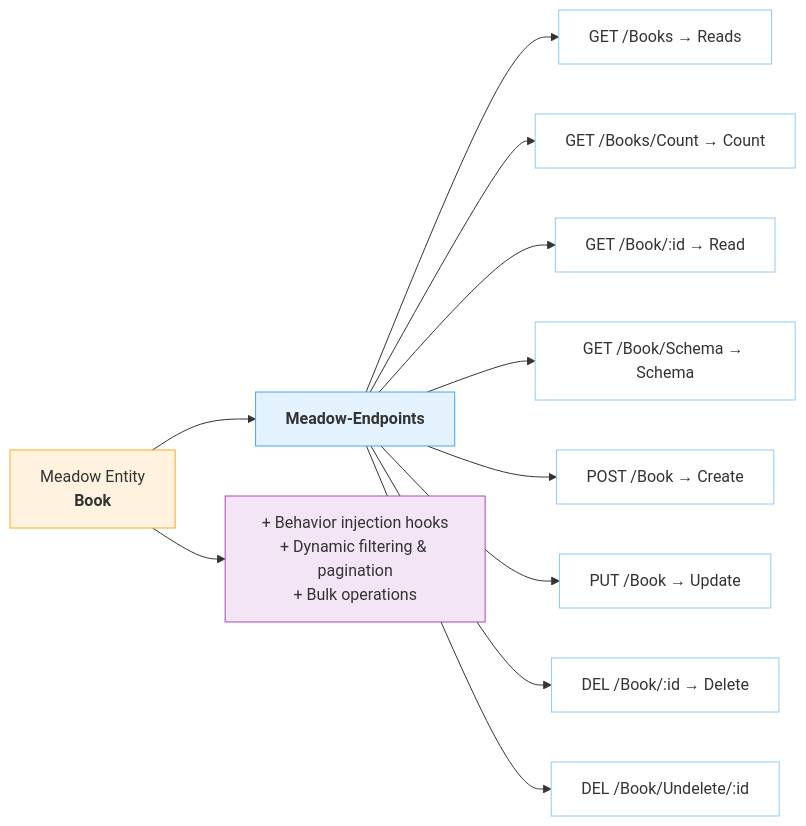
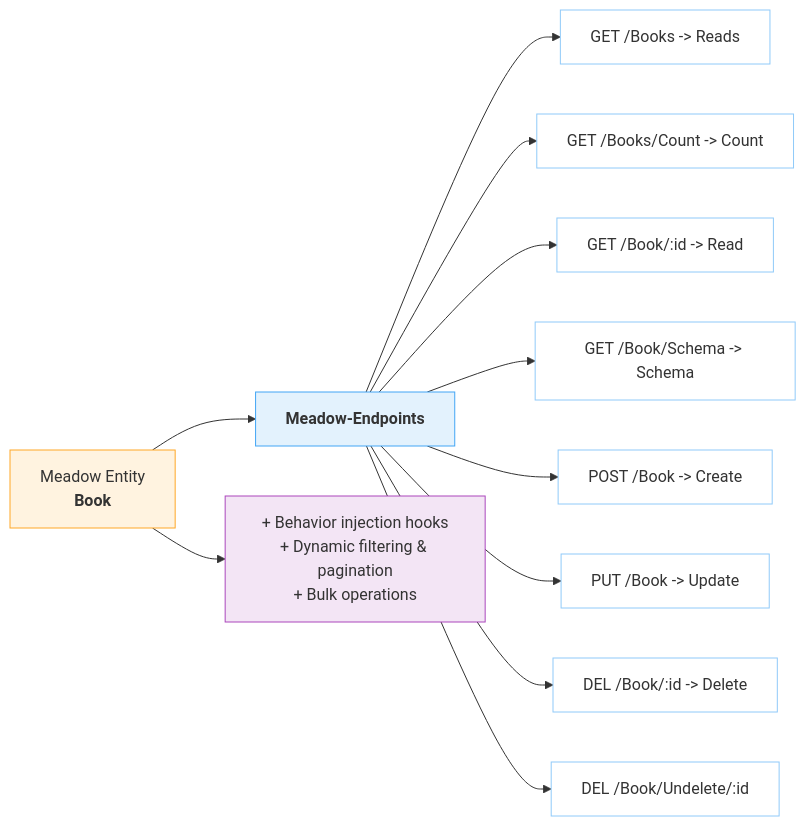
One commit to stevenvelozo/retold changed the fourth of 7 diagrams in docs/architecture/architecture.md. Above: the diagram before and after it, drawn with Mermaid. The commit also changed other lines of this file and 26 other files, not shown here.

````diff
--- a/docs/architecture/architecture.md
+++ b/docs/architecture/architecture.md
@@ -135,27 +135,27 @@
 ```mermaid
 graph LR
   entity["Meadow Entity<br/><b>Book</b>"] --> endpoints["<b>Meadow-Endpoints</b>"]
 
-  endpoints --> r1["GET /Books → Reads"]
-  endpoints --> r2["GET /Books/Count → Count"]
-  endpoints --> r3["GET /Book/:id → Read"]
-  endpoints --> r4["GET /Book/Schema → Schema"]
-  endpoints --> r5["POST /Book → Create"]
-  endpoints --> r6["PUT /Book → Update"]
-  endpoints --> r7["DEL /Book/:id → Delete"]
+  endpoints --> r1["GET /Books -> Reads"]
+  endpoints --> r2["GET /Books/Count -> Count"]
+  endpoints --> r3["GET /Book/:id -> Read"]
+  endpoints --> r4["GET /Book/Schema -> Schema"]
+  endpoints --> r5["POST /Book -> Create"]
+  endpoints --> r6["PUT /Book -> Update"]
+  endpoints --> r7["DEL /Book/:id -> Delete"]
   endpoints --> r8["DEL /Book/Undelete/:id"]
 
   entity --> hooks["+ Behavior injection hooks<br/>+ Dynamic filtering & pagination<br/>+ Bulk operations"]
 
   style entity fill:#fff3e0,stroke:#ffa726,color:#333
   style endpoints fill:#e3f2fd,stroke:#42a5f5,color:#333
   style hooks fill:#f3e5f5,stroke:#ab47bc,color:#333
   style r1 fill:#fff,stroke:#90caf9,color:#333
   style r2 fill:#fff,stroke:#90caf9,color:#333
   style r3 fill:#fff,stroke:#90caf9,color:#333
   style r4 fill:#fff,stroke:#90caf9,color:#333
   style r5 fill:#fff,stroke:#90caf9,color:#333
   style r6 fill:#fff,stroke:#90caf9,color:#333
   style r7 fill:#fff,stroke:#90caf9,color:#333
   style r8 fill:#fff,stroke:#90caf9,color:#333
 ```
````
